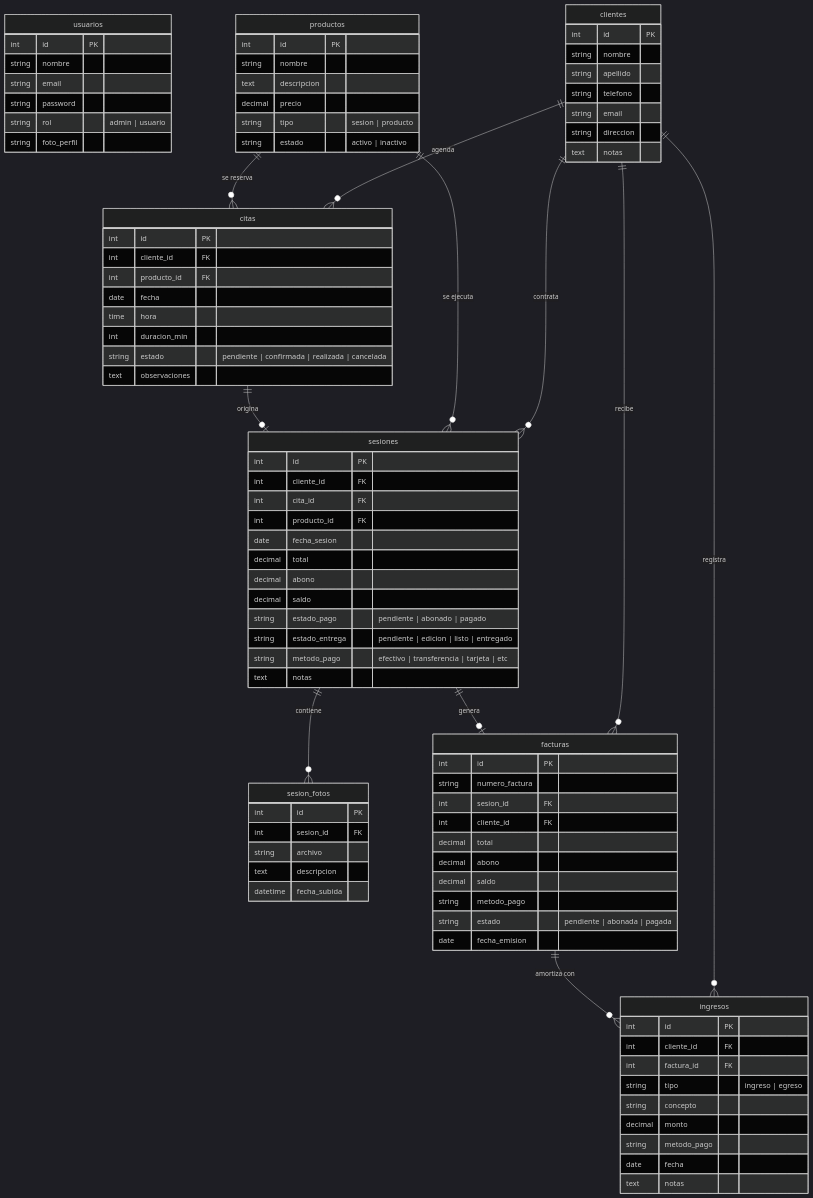
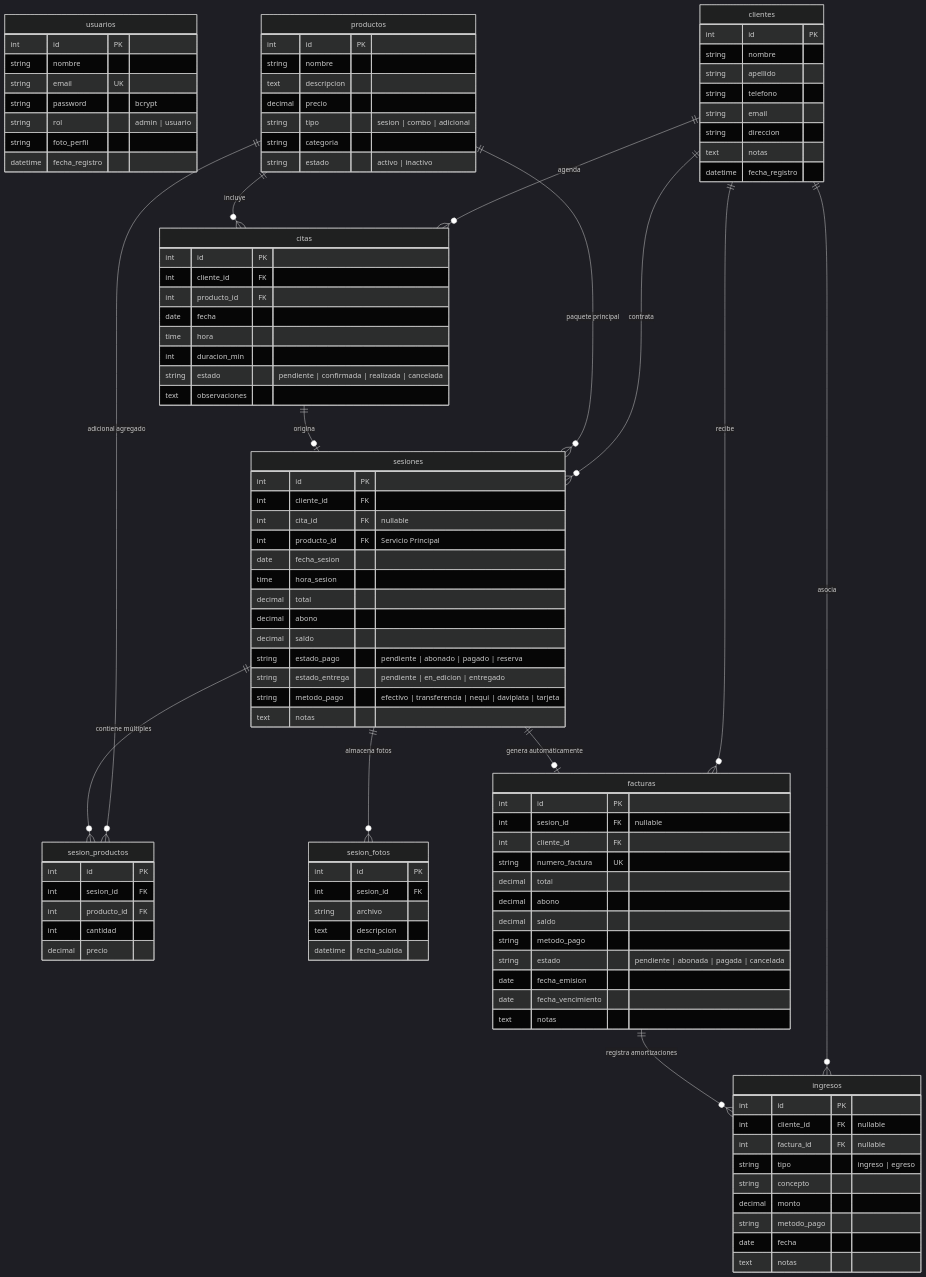
One commit to GorkoTrak/liz_fotografia changed the second of 4 diagrams in README.md. Above: the diagram before and after it, drawn with Mermaid (dark theme). The commit also changed other lines of this file and 2 other files, not shown here.

Commit message:
feat(sesiones): mejoras en modulo de sesiones, paquetes, fotos y compartir por WhatsApp con copia de numero

````diff
--- a/README.md
+++ b/README.md
@@ -116,10 +158,11 @@
     usuarios {
         int id PK
         string nombre
-        string email
-        string password
+        string email UK
+        string password "bcrypt"
         string rol "admin | usuario"
         string foto_perfil
+        datetime fecha_registro
     }
 
     clientes {
@@ -130,6 +173,7 @@
         string email
         string direccion
         text notas
+        datetime fecha_registro
     }
 
     productos {
@@ -137,7 +181,8 @@
         string nombre
         text descripcion
         decimal precio
-        string tipo "sesion | producto"
+        string tipo "sesion | combo | adicional"
+        string categoria
         string estado "activo | inactivo"
     }
 
@@ -155,16 +200,25 @@
     sesiones {
         int id PK
         int cliente_id FK
-        int cita_id FK
-        int producto_id FK
+        int cita_id FK "nullable"
+        int producto_id FK "Servicio Principal"
         date fecha_sesion
+        time hora_sesion
         decimal total
         decimal abono
         decimal saldo
-        string estado_pago "pendiente | abonado | pagado"
-        string estado_entrega "pendiente | edicion | listo | entregado"
-        string metodo_pago "efectivo | transferencia | tarjeta | etc"
+        string estado_pago "pendiente | abonado | pagado | reserva"
+        string estado_entrega "pendiente | en_edicion | entregado"
+        string metodo_pago "efectivo | transferencia | nequi | daviplata | tarjeta"
         text notas
+    }
+
+    sesion_productos {
+        int id PK
+        int sesion_id FK
+        int producto_id FK
+        int cantidad
+        decimal precio
     }
 
     sesion_fotos {
@@ -177,21 +231,23 @@
 
     facturas {
         int id PK
-        string numero_factura
-        int sesion_id FK
+        int sesion_id FK "nullable"
         int cliente_id FK
+        string numero_factura UK
         decimal total
         decimal abono
         decimal saldo
         string metodo_pago
-        string estado "pendiente | abonada | pagada"
+        string estado "pendiente | abonada | pagada | cancelada"
         date fecha_emision
+        date fecha_vencimiento
+        text notas
     }
 
     ingresos {
         int id PK
-        int cliente_id FK
-        int factura_id FK
+        int cliente_id FK "nullable"
+        int factura_id FK "nullable"
         string tipo "ingreso | egreso"
         string concepto
         decimal monto
@@ -203,11 +259,16 @@
     clientes ||--o{ citas : "agenda"
     clientes ||--o{ sesiones : "contrata"
     clientes ||--o{ facturas : "recibe"
-    clientes ||--o{ ingresos : "registra"
-    productos ||--o{ citas : "se reserva"
-    productos ||--o{ sesiones : "se ejecuta"
+    clientes ||--o{ ingresos : "asocia"
+    
+    productos ||--o{ citas : "incluye"
+    productos ||--o{ sesiones : "paquete principal"
+    productos ||--o{ sesion_productos : "adicional agregado"
+
     citas ||--o| sesiones : "origina"
-    sesiones ||--o{ sesion_fotos : "contiene"
-    sesiones ||--o| facturas : "genera"
-    facturas ||--o{ ingresos : "amortiza con"
+    sesiones ||--o{ sesion_productos : "contiene múltiples"
+    sesiones ||--o{ sesion_fotos : "almacena fotos"
+    sesiones ||--o| facturas : "genera automáticamente"
+    
+    facturas ||--o{ ingresos : "registra amortizaciones"
 ```
````
